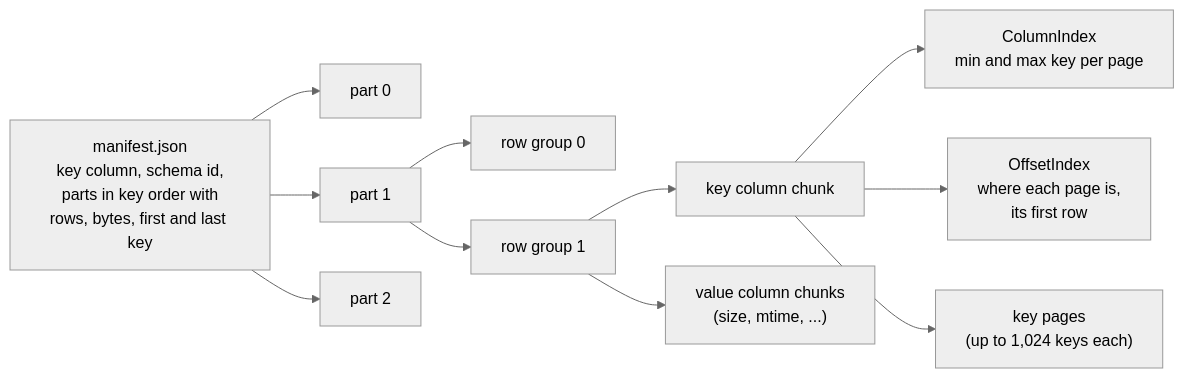
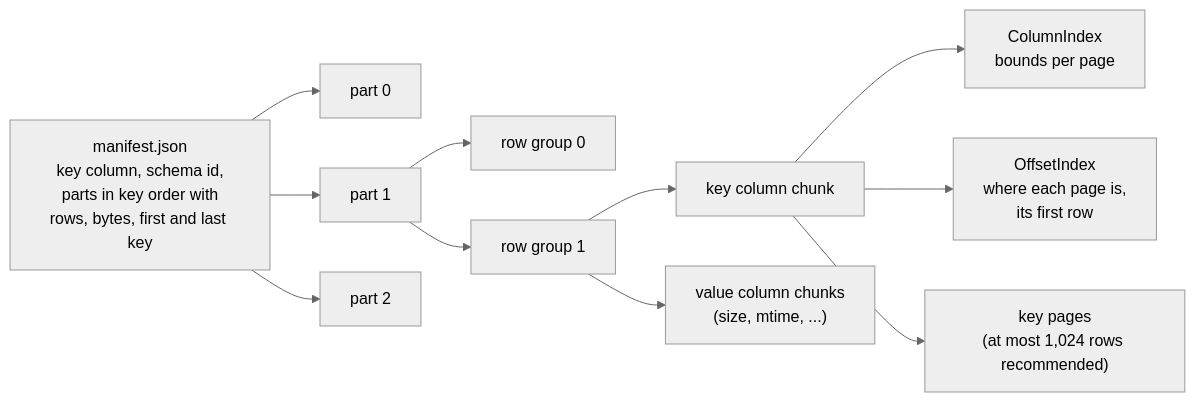
The first of 4 diagrams in docs/concepts.md (varveio/seekparquet), drawn with Mermaid (neutral theme) before and after one commit. The commit also changed other lines of this file and 4 other files, not shown here.

````diff
--- a/docs/concepts.md
+++ b/docs/concepts.md
@@ -13,14 +22,14 @@
 ```mermaid
 flowchart LR
     M["manifest.json<br/>key column, schema id,<br/>parts in key order with<br/>rows, bytes, first and last key"]
     M --> P0["part 0"]
     M --> P1["part 1"]
     M --> P2["part 2"]
     P1 --> RG0["row group 0"]
     P1 --> RG1["row group 1"]
     RG1 --> K["key column chunk"]
     RG1 --> V["value column chunks<br/>(size, mtime, ...)"]
-    K --> CI["ColumnIndex<br/>min and max key per page"]
+    K --> CI["ColumnIndex<br/>bounds per page"]
     K --> OI["OffsetIndex<br/>where each page is,<br/>its first row"]
-    K --> KP["key pages<br/>(up to 1,024 keys each)"]
+    K --> KP["key pages<br/>(at most 1,024 rows recommended)"]
 ```
````
